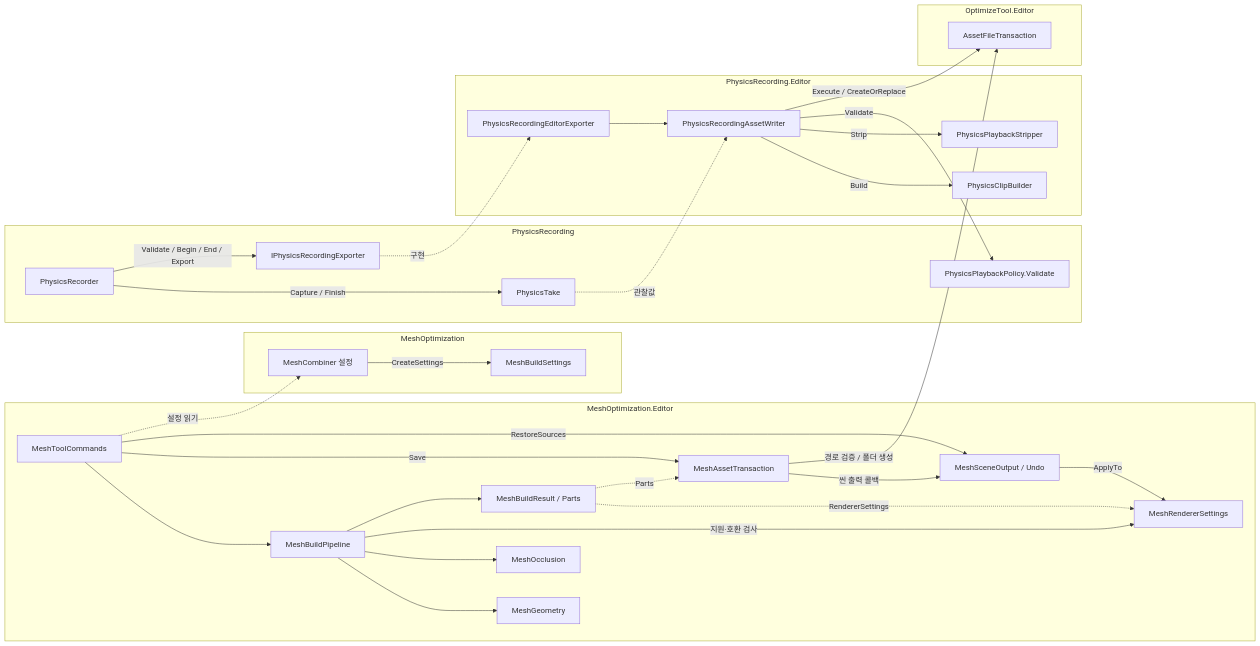
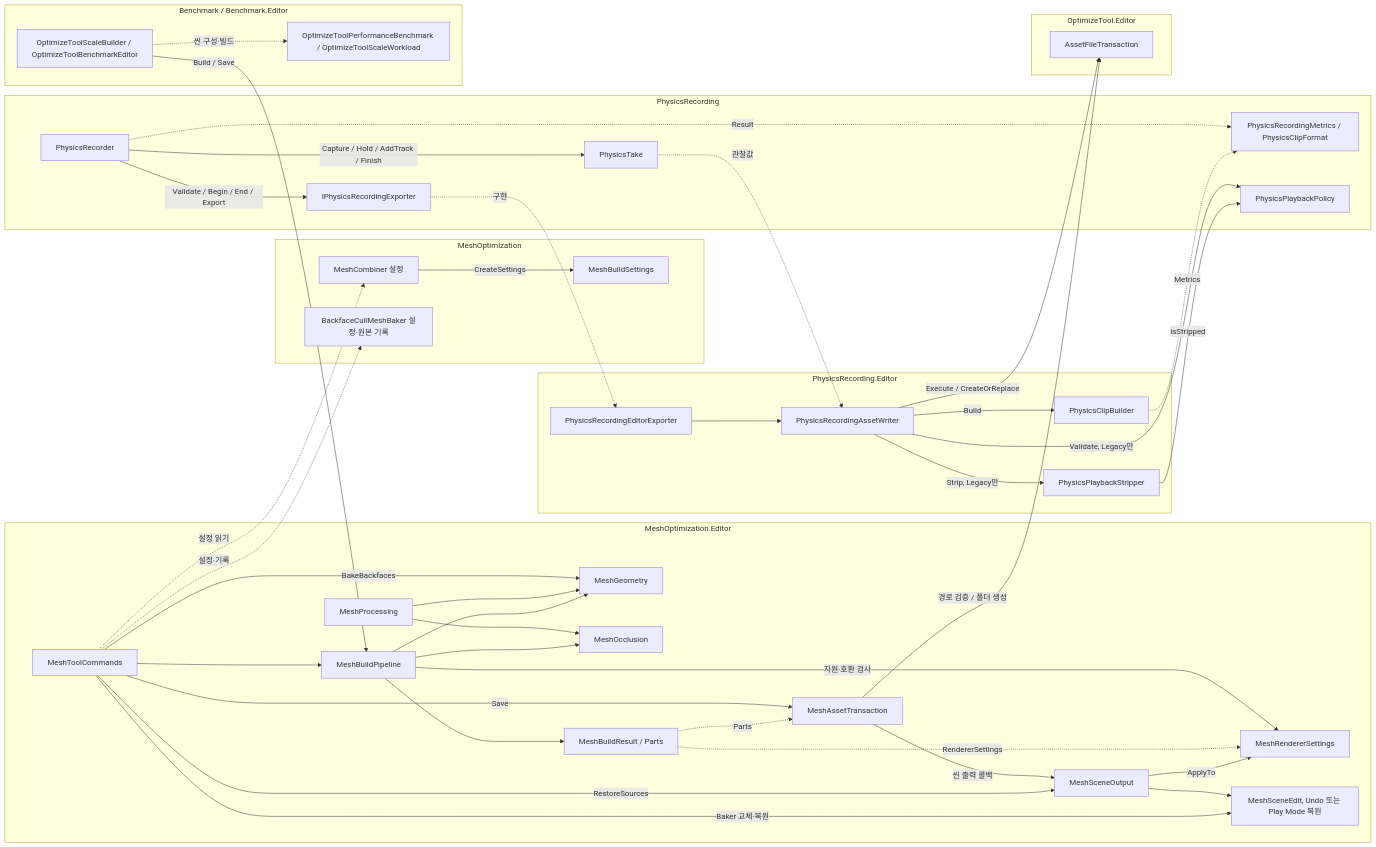
One commit to youwonsock/tool-unity-editor changed the diagram in ToyProject/Assets/_OptimizeTool/Docs/TechnicalNotes.md. Above: the diagram before and after it, drawn with Mermaid. The commit also changed other lines of this file and 3 other files, not shown here.

First line of the commit message:
OptimizeTool 구조도에 Baker, MeshProcessing, Play Mode 편집, Physics 출력 정보, Dev 벤치마크를 넣음

````diff
--- a/ToyProject/Assets/_OptimizeTool/Docs/TechnicalNotes.md
+++ b/ToyProject/Assets/_OptimizeTool/Docs/TechnicalNotes.md
@@ -45,38 +45,52 @@
 ```mermaid
 flowchart LR
     subgraph Mesh[MeshOptimization]
         Combiner[MeshCombiner 설정] -->|CreateSettings| Settings[MeshBuildSettings]
+        Baker[BackfaceCullMeshBaker 설정·원본 기록]
     end
     subgraph MeshEditor[MeshOptimization.Editor]
         Commands[MeshToolCommands] --> Pipeline[MeshBuildPipeline]
+        Commands -->|BakeBackfaces| Geometry
+        Facade[MeshProcessing] --> Geometry
+        Facade --> Occlusion
         Pipeline --> Geometry[MeshGeometry]
         Pipeline --> Occlusion[MeshOcclusion]
         Pipeline -->|지원·호환 검사| RendererSettings[MeshRendererSettings]
         Pipeline --> Result[MeshBuildResult / Parts]
         Result -. RendererSettings .-> RendererSettings
         Commands -->|Save| MeshSave[MeshAssetTransaction]
         Result -. Parts .-> MeshSave
-        MeshSave -->|씬 출력 콜백| Scene[MeshSceneOutput / Undo]
+        MeshSave -->|씬 출력 콜백| Scene[MeshSceneOutput]
         Commands -->|RestoreSources| Scene
         Scene -->|ApplyTo| RendererSettings
+        Scene --> Edit[MeshSceneEdit, Undo 또는 Play Mode 복원]
+        Commands -->|Baker 교체·복원| Edit
     end
     subgraph Physics[PhysicsRecording]
-        Recorder[PhysicsRecorder] -->|Capture / Finish| Take[PhysicsTake]
+        Recorder[PhysicsRecorder] -->|Capture / Hold / AddTrack / Finish| Take[PhysicsTake]
         Recorder -->|Validate / Begin / End / Export| Port[IPhysicsRecordingExporter]
-        Policy[PhysicsPlaybackPolicy.Validate]
+        Recorder -. Result .-> Metrics[PhysicsRecordingMetrics / PhysicsClipFormat]
+        Policy[PhysicsPlaybackPolicy]
     end
     subgraph PhysicsEditor[PhysicsRecording.Editor]
         Exporter[PhysicsRecordingEditorExporter] --> Writer[PhysicsRecordingAssetWriter]
         Writer -->|Build| ClipBuilder[PhysicsClipBuilder]
-        Writer -->|Strip| Stripper[PhysicsPlaybackStripper]
+        Writer -->|Strip, Legacy만| Stripper[PhysicsPlaybackStripper]
     end
     subgraph Shared[OptimizeTool.Editor]
         FileTx[AssetFileTransaction]
     end
+    subgraph Dev[Benchmark / Benchmark.Editor]
+        BenchEditor[OptimizeToolScaleBuilder / OptimizeToolBenchmarkEditor] -. 씬 구성·빌드 .-> Bench[OptimizeToolPerformanceBenchmark / OptimizeToolScaleWorkload]
+    end
     Commands -. 설정 읽기 .-> Combiner
+    Commands -. 설정·기록 .-> Baker
     Port -. 구현 .-> Exporter
     Take -. 관찰값 .-> Writer
-    Writer -->|Validate| Policy
+    ClipBuilder -. Metrics .-> Metrics
+    Writer -->|Validate, Legacy만| Policy
+    Stripper -->|IsStripped| Policy
     Writer -->|Execute / CreateOrReplace| FileTx
     MeshSave -->|경로 검증 / 폴더 생성| FileTx
+    BenchEditor -->|Build / Save| Pipeline
 ```
````
